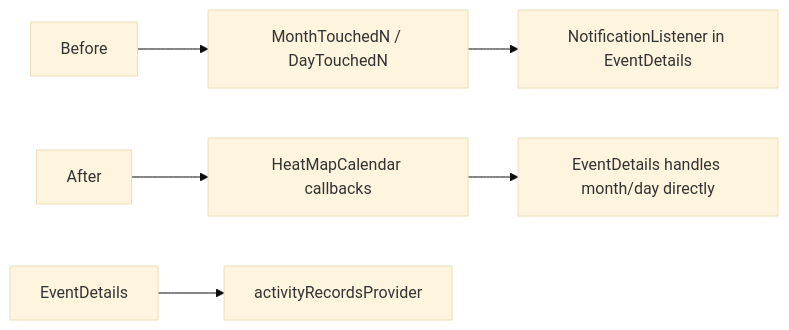
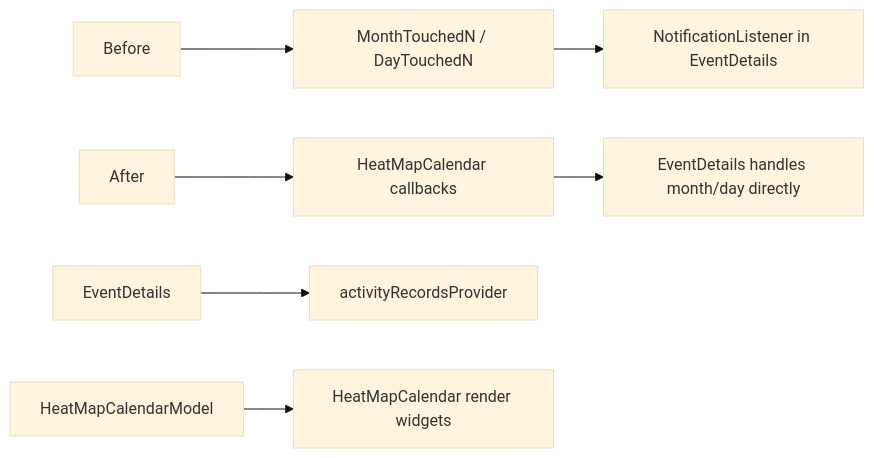
Before and after one commit to Guoyuer/eventTracker: the fourth of 5 diagrams in docs/architecture/module-flow.md, drawn with Mermaid (base theme). The commit also changed other lines of this file and 8 other files, not shown here.

Commit message:
Extract heatmap calendar model

````diff
--- a/docs/architecture/module-flow.md
+++ b/docs/architecture/module-flow.md
@@ -120,11 +120,13 @@
 ```mermaid
 flowchart LR
   Before["Before"]
   Before --> B1["MonthTouchedN / DayTouchedN"]
   B1 --> B2["NotificationListener in EventDetails"]
 
   After["After"]
   After --> A1["HeatMapCalendar callbacks"]
   A1 --> A2["EventDetails handles month/day directly"]
   EventDetails["EventDetails"] --> Records["activityRecordsProvider"]
+  HeatMapModel["HeatMapCalendarModel"]
+  HeatMapModel --> Calendar["HeatMapCalendar render widgets"]
 ```
````
